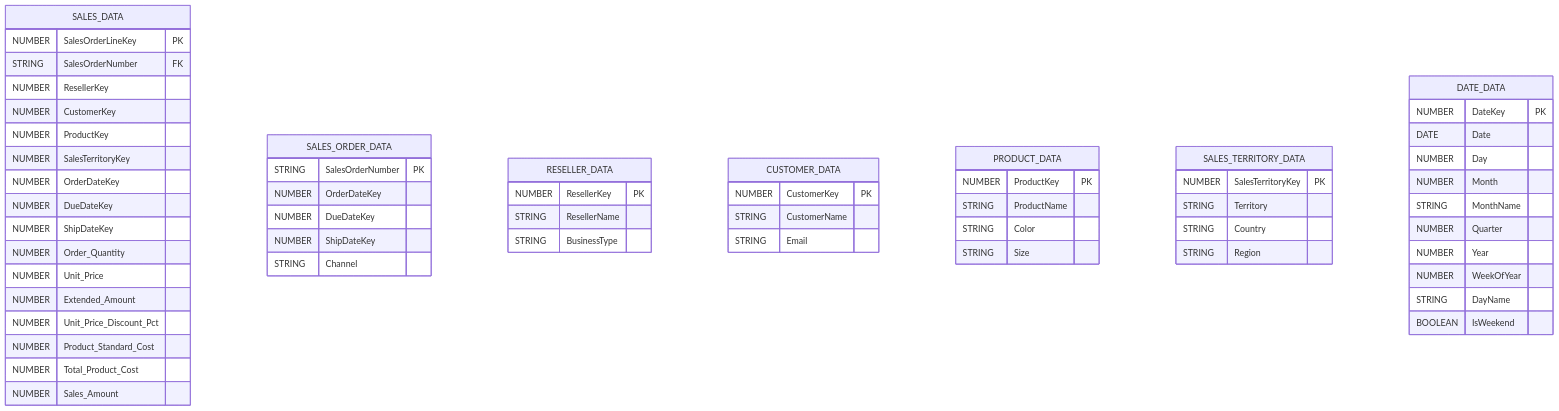
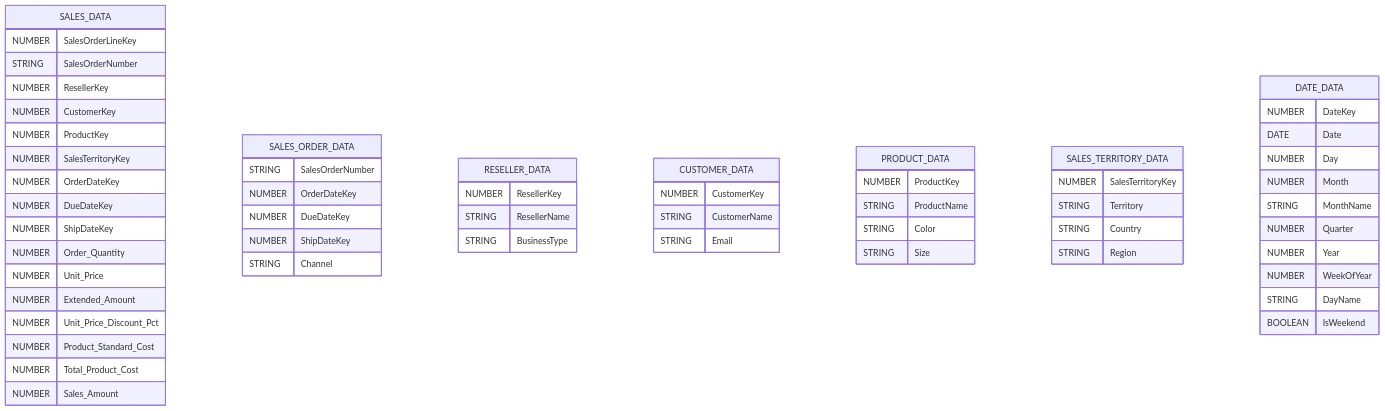
Before and after one commit to trinqmvgu/Data-Mining: the diagram in diagram/initial.md, drawn with Mermaid. The commit also changed 3 other files, not shown here.

````diff
--- a/diagram/initial.md
+++ b/diagram/initial.md
@@ -1,68 +1,65 @@
 ```mermaid
 erDiagram
     SALES_DATA {
-      NUMBER  SalesOrderLineKey PK
-      STRING  SalesOrderNumber FK
+      NUMBER  SalesOrderLineKey
+      STRING  SalesOrderNumber
       NUMBER  ResellerKey
       NUMBER  CustomerKey
       NUMBER  ProductKey
       NUMBER  SalesTerritoryKey
       NUMBER  OrderDateKey
       NUMBER  DueDateKey
       NUMBER  ShipDateKey
       NUMBER  Order_Quantity
       NUMBER  Unit_Price
       NUMBER  Extended_Amount
       NUMBER  Unit_Price_Discount_Pct
       NUMBER  Product_Standard_Cost
       NUMBER  Total_Product_Cost
       NUMBER  Sales_Amount
     }
-
     SALES_ORDER_DATA {
-      STRING  SalesOrderNumber PK
+      STRING  SalesOrderNumber
       NUMBER  OrderDateKey
       NUMBER  DueDateKey
       NUMBER  ShipDateKey
       STRING  Channel
     }
-
     RESELLER_DATA {
-      NUMBER  ResellerKey PK
+      NUMBER  ResellerKey
       STRING  ResellerName
       STRING  BusinessType
     }
-
     CUSTOMER_DATA {
-      NUMBER  CustomerKey PK
+      NUMBER  CustomerKey
       STRING  CustomerName
       STRING  Email
     }
 
     PRODUCT_DATA {
-      NUMBER  ProductKey PK
+      NUMBER  ProductKey
       STRING  ProductName
       STRING  Color
       STRING  Size
     }
 
     SALES_TERRITORY_DATA {
-      NUMBER  SalesTerritoryKey PK
+      NUMBER  SalesTerritoryKey
       STRING  Territory
       STRING  Country
       STRING  Region
     }
 
     DATE_DATA {
-      NUMBER  DateKey PK
+      NUMBER  DateKey
       DATE    Date
       NUMBER  Day
       NUMBER  Month
       STRING  MonthName
       NUMBER  Quarter
       NUMBER  Year
       NUMBER  WeekOfYear
       STRING  DayName
       BOOLEAN IsWeekend
     }
 ``` 
````
